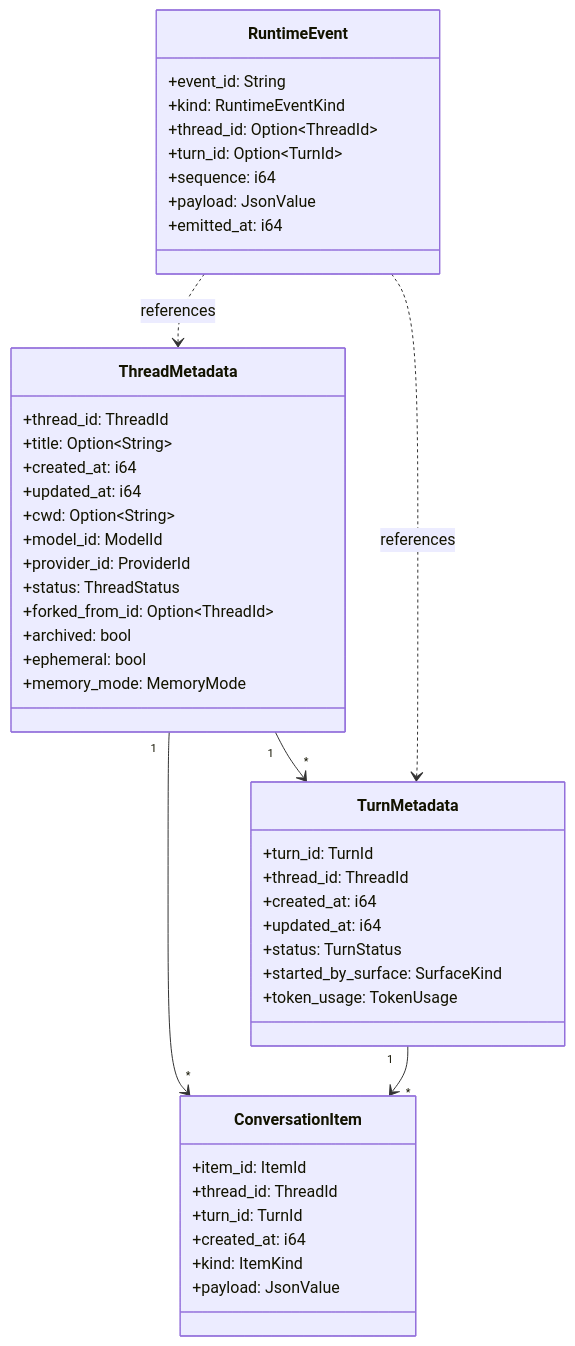
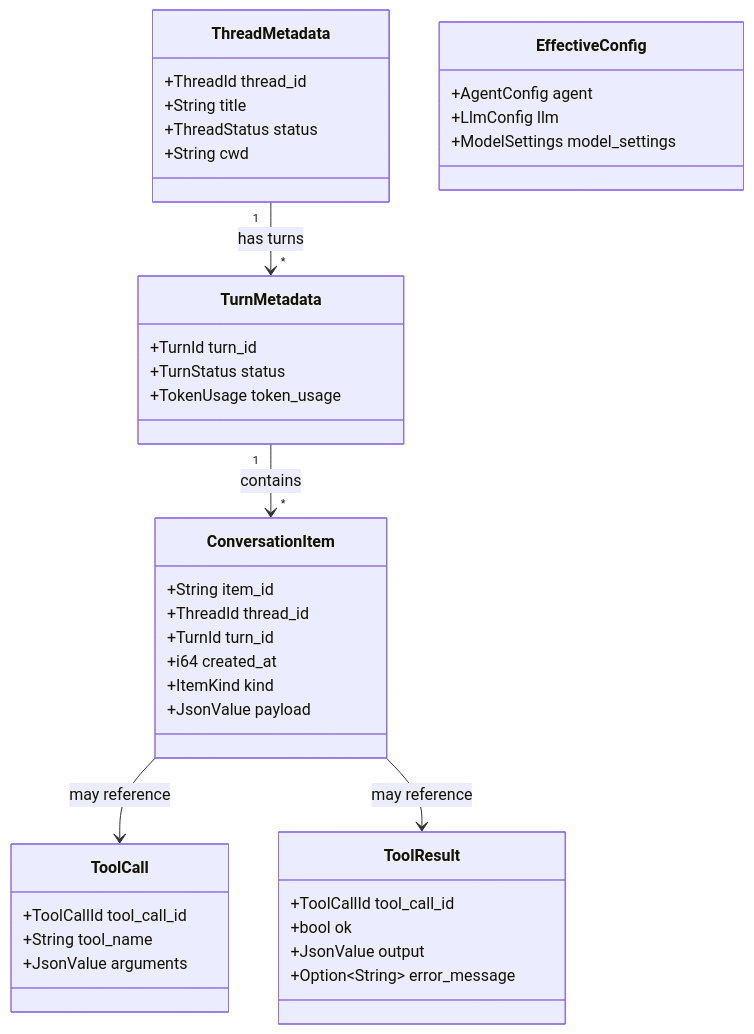
One commit to basadi-dev/codezilla changed the seventh of 8 diagrams in docs/ARCHITECTURE.md. Above: the diagram before and after it, drawn with Mermaid. The commit also changed other lines of this file and 2 other files, not shown here.

Commit message:
refactor: simplify TUI history retrieval and enhance tool output formatting in architecture documentation

````diff
--- a/docs/ARCHITECTURE.md
+++ b/docs/ARCHITECTURE.md
@@ -594,49 +235,48 @@
 ```mermaid
 classDiagram
-    class ThreadMetadata {
-        +thread_id: ThreadId
-        +title: Option~String~
-        +created_at: i64
-        +updated_at: i64
-        +cwd: Option~String~
-        +model_id: ModelId
-        +provider_id: ProviderId
-        +status: ThreadStatus
-        +forked_from_id: Option~ThreadId~
-        +archived: bool
-        +ephemeral: bool
-        +memory_mode: MemoryMode
-    }
-    class TurnMetadata {
-        +turn_id: TurnId
-        +thread_id: ThreadId
-        +created_at: i64
-        +updated_at: i64
-        +status: TurnStatus
-        +started_by_surface: SurfaceKind
-        +token_usage: TokenUsage
-    }
     class ConversationItem {
-        +item_id: ItemId
-        +thread_id: ThreadId
-        +turn_id: TurnId
-        +created_at: i64
-        +kind: ItemKind
-        +payload: JsonValue
-    }
-    class RuntimeEvent {
-        +event_id: String
-        +kind: RuntimeEventKind
-        +thread_id: Option~ThreadId~
-        +turn_id: Option~TurnId~
-        +sequence: i64
-        +payload: JsonValue
-        +emitted_at: i64
+        +String item_id
+        +ThreadId thread_id
+        +TurnId turn_id
+        +i64 created_at
+        +ItemKind kind
+        +JsonValue payload
     }
 
-    ThreadMetadata "1" --> "*" TurnMetadata
-    ThreadMetadata "1" --> "*" ConversationItem
-    TurnMetadata "1" --> "*" ConversationItem
-    RuntimeEvent ..> ThreadMetadata : references
-    RuntimeEvent ..> TurnMetadata : references
+    class ThreadMetadata {
+        +ThreadId thread_id
+        +String title
+        +ThreadStatus status
+        +String cwd
+    }
+
+    class TurnMetadata {
+        +TurnId turn_id
+        +TurnStatus status
+        +TokenUsage token_usage
+    }
+
+    class ToolCall {
+        +ToolCallId tool_call_id
+        +String tool_name
+        +JsonValue arguments
+    }
+
+    class ToolResult {
+        +ToolCallId tool_call_id
+        +bool ok
+        +JsonValue output
+        +Option~String~ error_message
+    }
+
+    class EffectiveConfig {
+        +AgentConfig agent
+        +LlmConfig llm
+        +ModelSettings model_settings
+    }
+
+    ThreadMetadata "1" --> "*" TurnMetadata : has turns
+    TurnMetadata "1" --> "*" ConversationItem : contains
+    ConversationItem --> ToolCall : may reference
+    ConversationItem --> ToolResult : may reference
 ```
````
